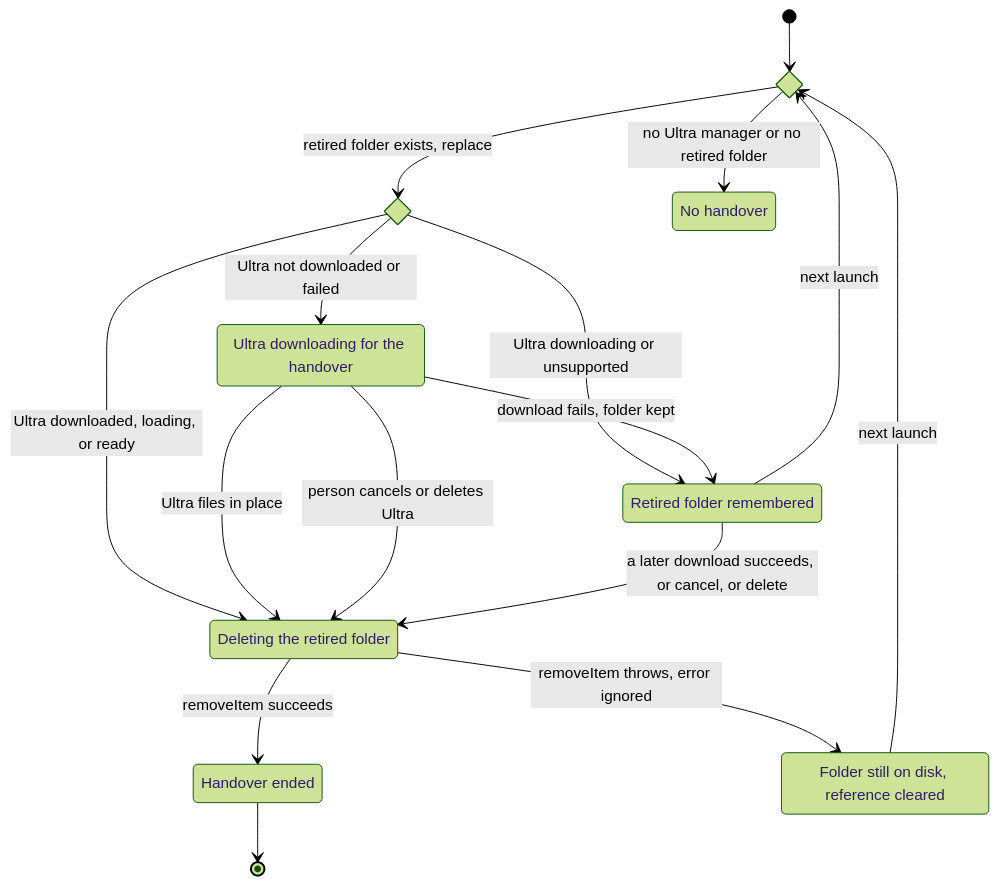
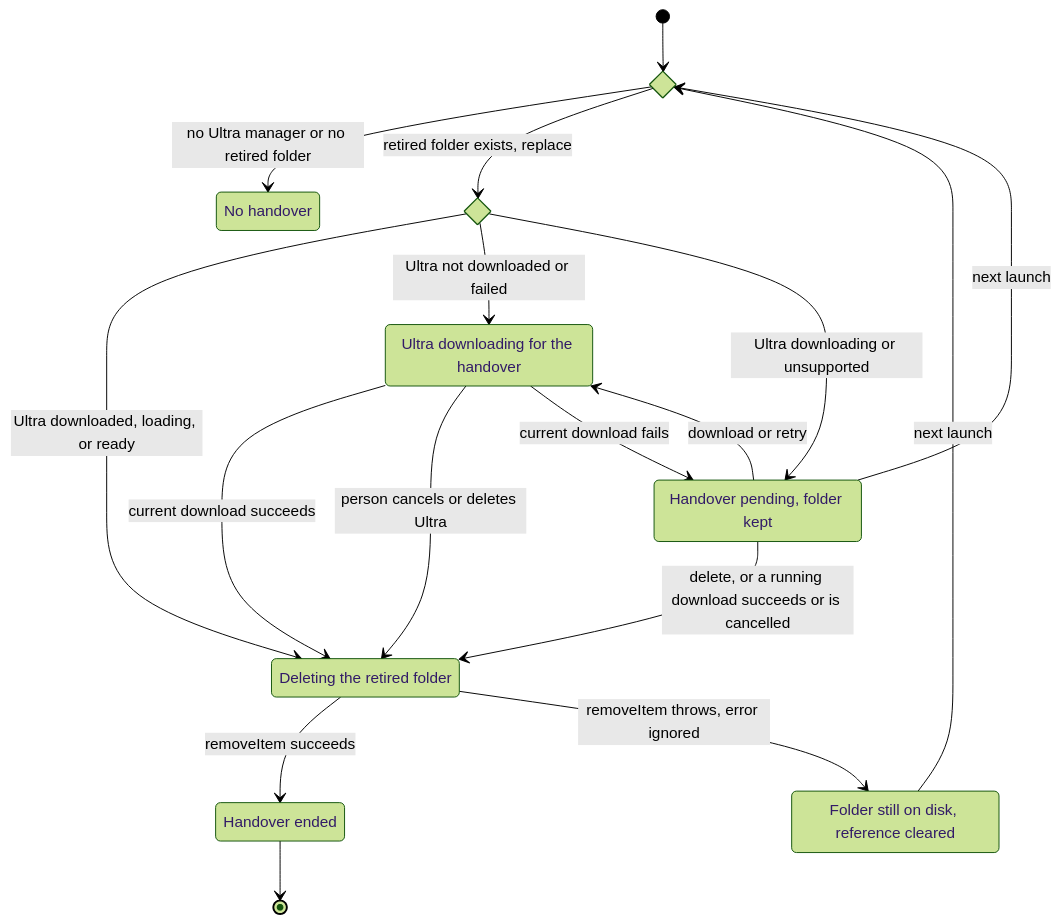
The third of 26 diagrams in docs/state-machines/speech-learning.md (rafaelkupper/syrup), drawn with Mermaid (forest theme) before and after one commit. The commit also changed other lines of this file and 4 other files, not shown here.

````diff
--- a/docs/state-machines/speech-learning.md
+++ b/docs/state-machines/speech-learning.md
@@ -207,26 +208,27 @@
 ```mermaid
 stateDiagram-v2
     state LaunchScan <<choice>>
     state UltraState <<choice>>
     state "No handover" as NoHandover
-    state "Retired folder remembered" as Remembered
+    state "Handover pending, folder kept" as Remembered
     state "Ultra downloading for the handover" as Downloading
     state "Deleting the retired folder" as DeleteOld
     state "Handover ended" as Ended
     state "Folder still on disk, reference cleared" as Residual
     [*] --> LaunchScan
     LaunchScan --> NoHandover: no Ultra manager or no retired folder
     LaunchScan --> UltraState: retired folder exists, replace
     UltraState --> DeleteOld: Ultra downloaded, loading, or ready
     UltraState --> Downloading: Ultra not downloaded or failed
     UltraState --> Remembered: Ultra downloading or unsupported
-    Downloading --> DeleteOld: Ultra files in place
+    Downloading --> DeleteOld: current download succeeds
     Downloading --> DeleteOld: person cancels or deletes Ultra
-    Downloading --> Remembered: download fails, folder kept
-    Remembered --> DeleteOld: a later download succeeds, or cancel, or delete
+    Downloading --> Remembered: current download fails
+    Remembered --> Downloading: download or retry
+    Remembered --> DeleteOld: delete, or a running download succeeds or is cancelled
     DeleteOld --> Ended: removeItem succeeds
     DeleteOld --> Residual: removeItem throws, error ignored
     Residual --> LaunchScan: next launch
     Remembered --> LaunchScan: next launch
     Ended --> [*]
 ```
````
